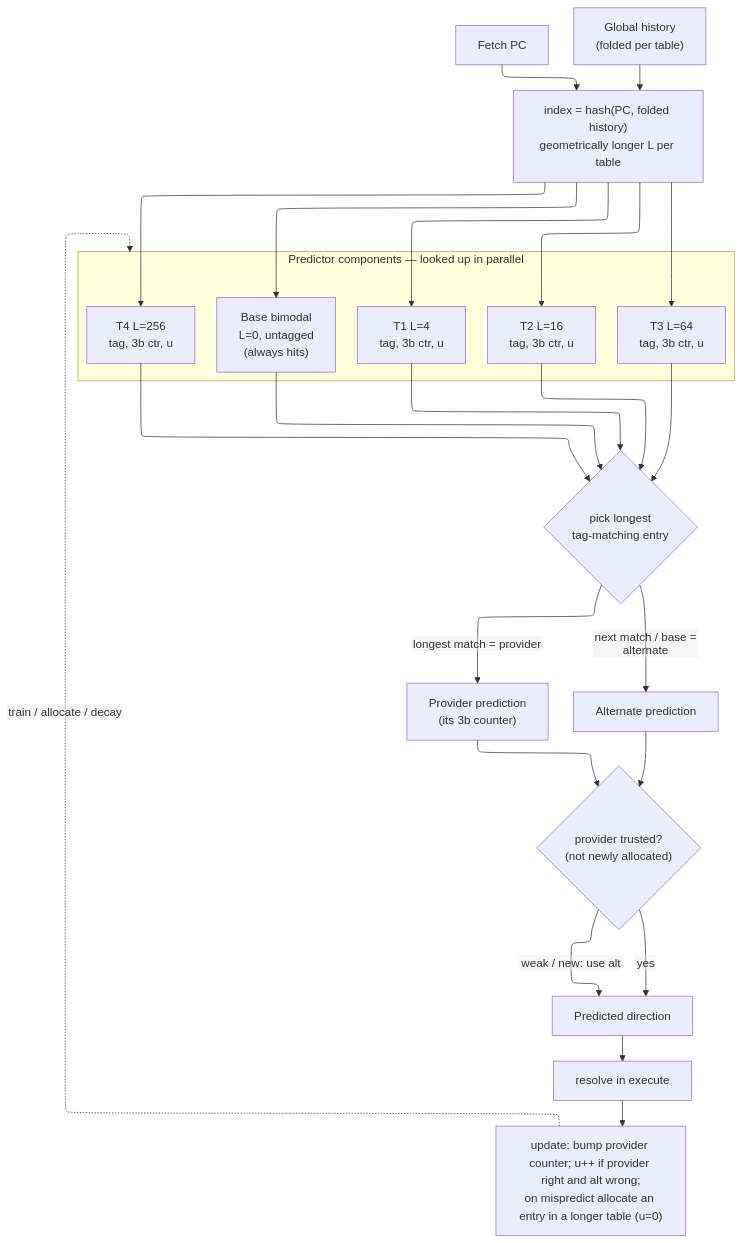
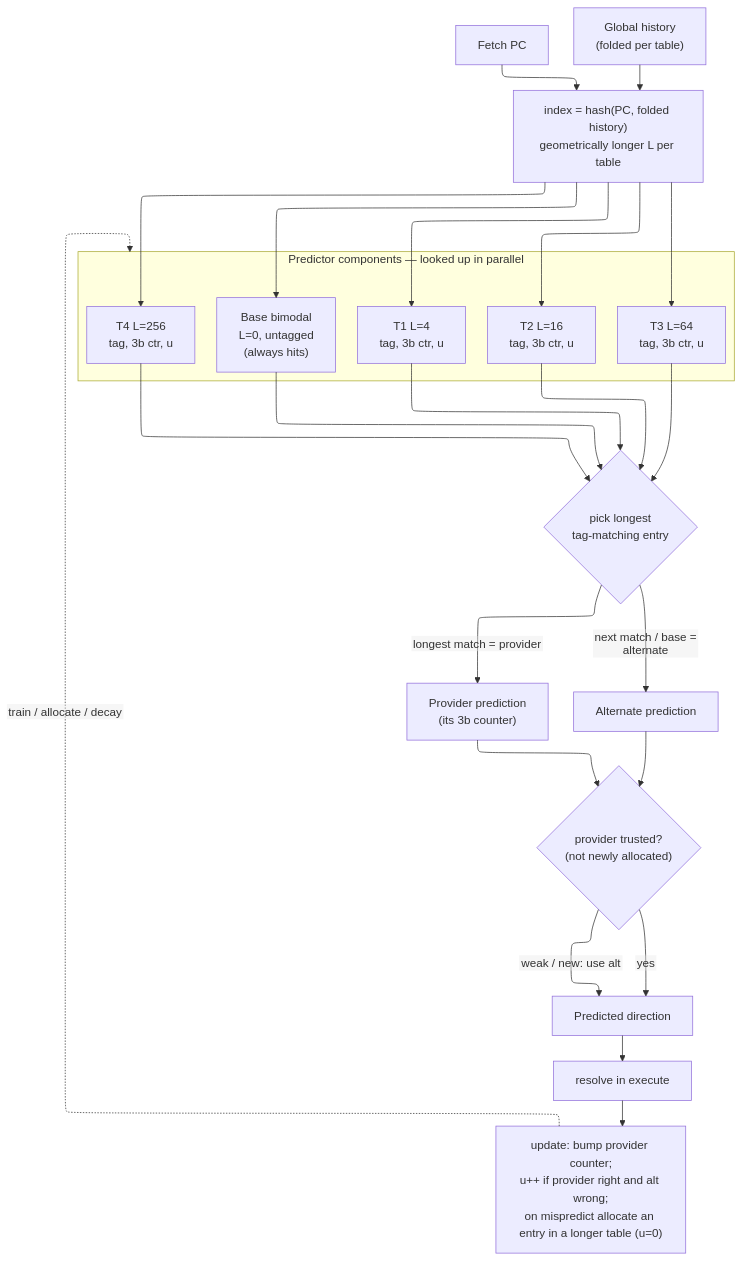
The fifth of 5 diagrams in 01_Architecture_and_PPA/01_CPU_Architecture/02_Frontend_and_Prediction/01_Branch_Prediction_Deep_Dive.md (Wty2003328/silicon-design-notebook), drawn with Mermaid before and after one commit. The commit also changed other lines of this file and 125 other files, not shown here.

First line of the commit message:
Complete the AMBA family, refresh the learning path, and make every figure and formula actually render

````diff
--- a/01_Architecture_and_PPA/01_CPU_Architecture/02_Frontend_and_Prediction/01_Branch_Prediction_Deep_Dive.md
+++ b/01_Architecture_and_PPA/01_CPU_Architecture/02_Frontend_and_Prediction/01_Branch_Prediction_Deep_Dive.md
@@ -406,36 +405,36 @@
 ```mermaid
 %%{init: {"flowchart": {"defaultRenderer": "elk", "nodeSpacing": 60, "rankSpacing": 60, "htmlLabels": false}}}%%
 flowchart TD
     PC["Fetch PC"]
     GHR["Global history<br/>(folded per table)"]
     IDX["index = hash(PC, folded history)<br/>geometrically longer L per table"]
     PC --> IDX
     GHR --> IDX
     subgraph COMP["Predictor components — looked up in parallel"]
         BASE["Base bimodal<br/>L=0, untagged<br/>(always hits)"]
         T1["T1  L=4<br/>tag, 3b ctr, u"]
         T2["T2  L=16<br/>tag, 3b ctr, u"]
         T3["T3  L=64<br/>tag, 3b ctr, u"]
         T4["T4  L=256<br/>tag, 3b ctr, u"]
     end
     IDX --> BASE
     IDX --> T1
     IDX --> T2
     IDX --> T3
     IDX --> T4
     BASE --> SEL
     T1 --> SEL
     T2 --> SEL
     T3 --> SEL
     T4 --> SEL
     SEL{"pick longest<br/>tag-matching entry"}
     SEL -->|longest match = provider| PROV["Provider prediction<br/>(its 3b counter)"]
     SEL -->|next match / base = alternate| ALT["Alternate prediction"]
     PROV --> PICK{"provider trusted?<br/>(not newly allocated)"}
     ALT --> PICK
     PICK -->|yes| OUT["Predicted direction"]
     PICK -->|weak / new: use alt| OUT
     OUT --> RES["resolve in execute"]
-    RES --> UPD["update: bump provider counter; u++ if provider right and alt wrong;<br/>on mispredict allocate an entry in a longer table (u=0)"]
+    RES --> UPD["update: bump provider counter;<br/>u++ if provider right and alt wrong;<br/>on mispredict allocate an entry in a longer table (u=0)"]
     UPD -.->|train / allocate / decay| COMP
 ```
````
